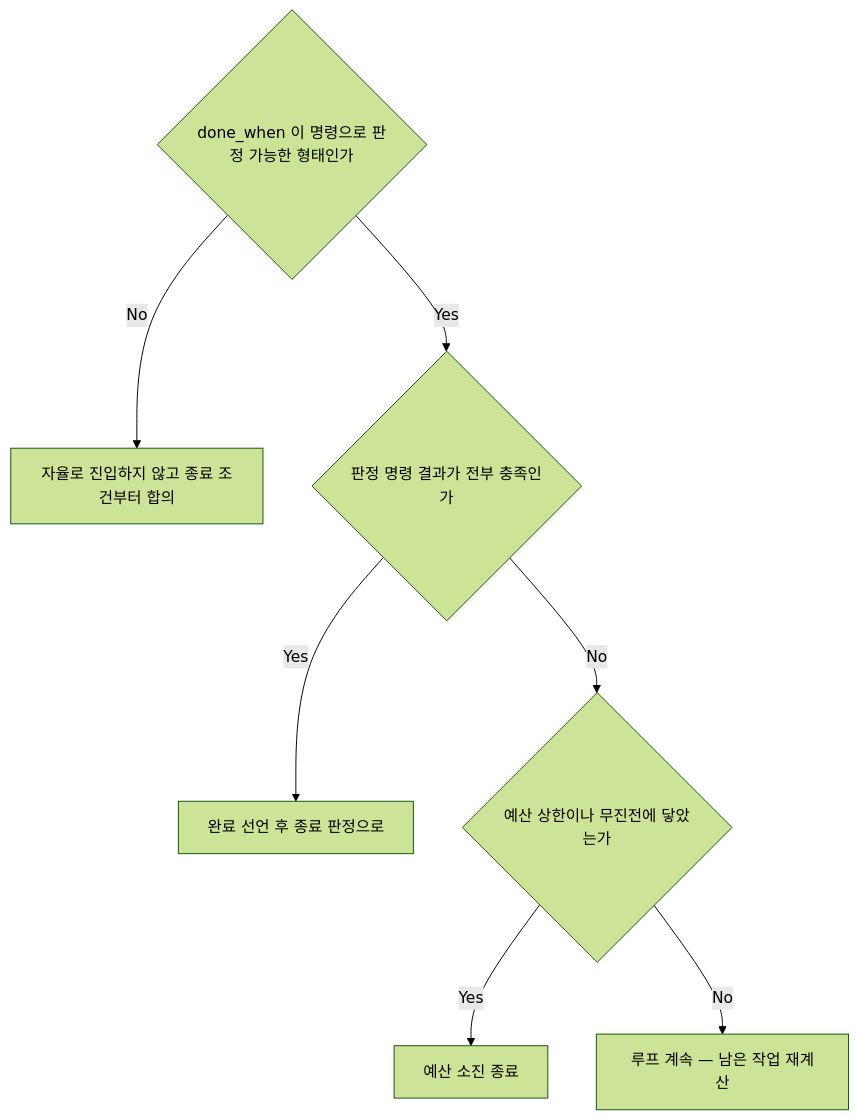
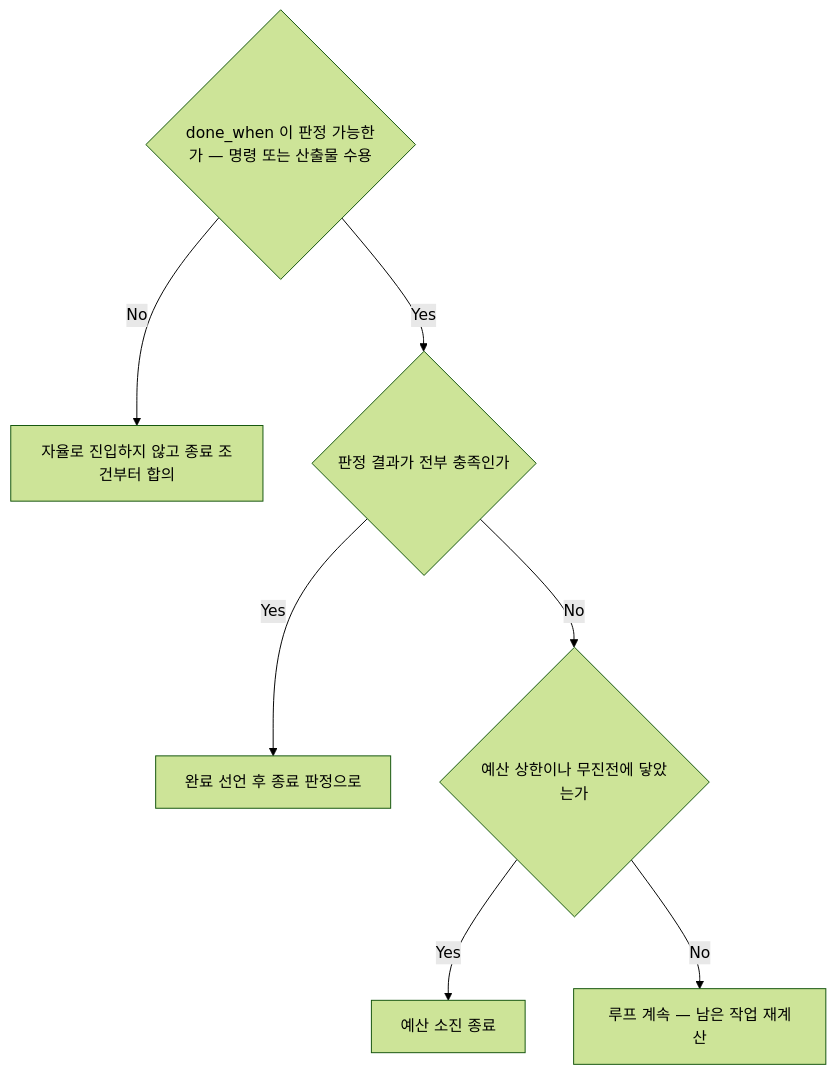
Before and after one commit to kys0213/kys-claude-plugin: the sixth of 7 diagrams in plugins/atelier/skills/orchestrator/references/autonomous-driving.md, drawn with Mermaid (forest theme). The commit also changed other lines of this file, not shown here.

First line of the commit message:
docs(atelier): close autonomous-driving graph gaps

````diff
--- a/plugins/atelier/skills/orchestrator/references/autonomous-driving.md
+++ b/plugins/atelier/skills/orchestrator/references/autonomous-driving.md
@@ -148,9 +148,9 @@
 ```mermaid
 flowchart TD
-  D48_q1{"done_when 이 명령으로 판정 가능한 형태인가"} -->|No| D48_t1["자율로 진입하지 않고 종료 조건부터 합의"]
-  D48_q1 -->|Yes| D48_q2{"판정 명령 결과가 전부 충족인가"}
+  D48_q1{"done_when 이 판정 가능한가 — 명령 또는 산출물 수용"} -->|No| D48_t1["자율로 진입하지 않고 종료 조건부터 합의"]
+  D48_q1 -->|Yes| D48_q2{"판정 결과가 전부 충족인가"}
   D48_q2 -->|Yes| D48_t2["완료 선언 후 종료 판정으로"]
   D48_q2 -->|No| D48_q3{"예산 상한이나 무진전에 닿았는가"}
   D48_q3 -->|Yes| D48_t3["예산 소진 종료"]
   D48_q3 -->|No| D48_t4["루프 계속 — 남은 작업 재계산"]
 ```
````
